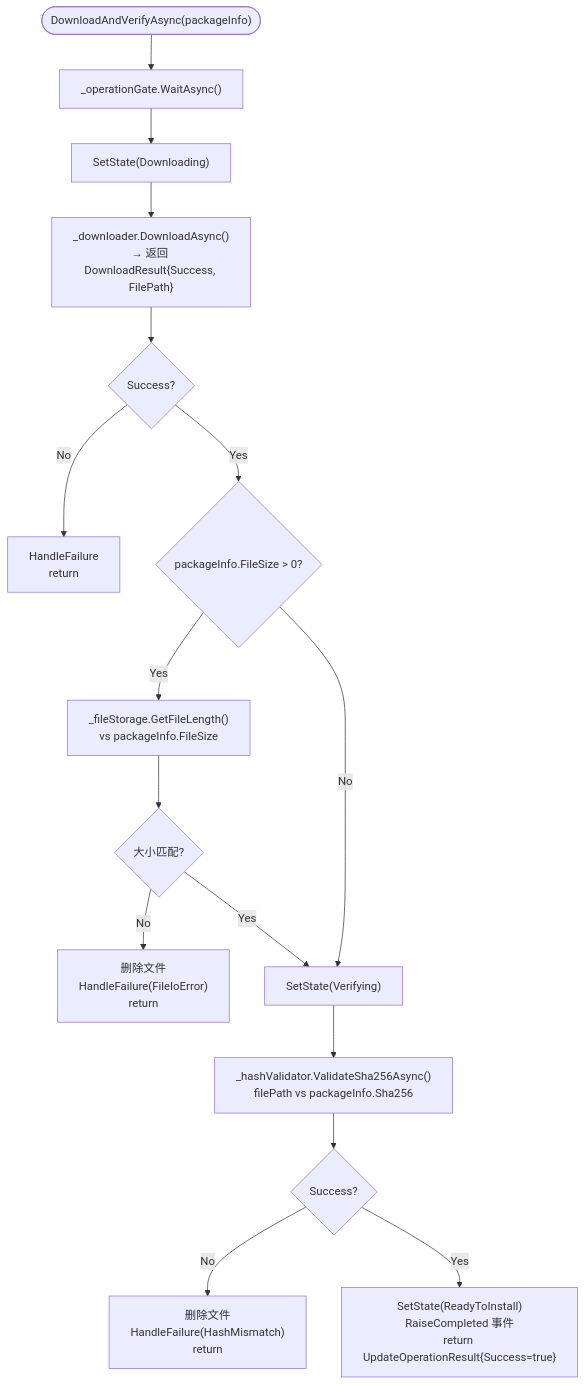
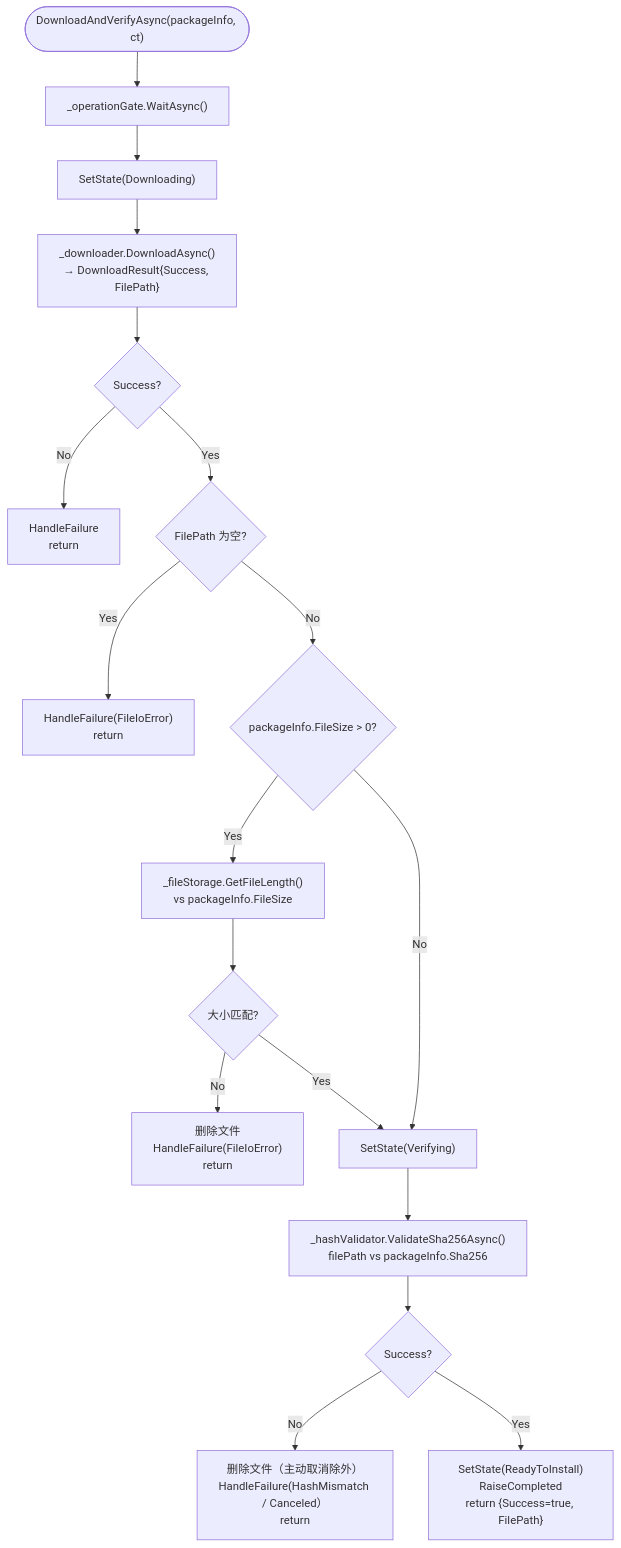
Before and after one commit to GeneralLibrary/GeneralUpdate-Samples: the fifth of 7 diagrams in website/docs/doc/Avalonia.Android-flow.md, drawn with Mermaid. The commit also changed other lines of this file and 8 other files, not shown here.

````diff
--- a/website/docs/doc/Avalonia.Android-flow.md
+++ b/website/docs/doc/Avalonia.Android-flow.md
@@ -218,26 +312,27 @@
 ```mermaid
 flowchart TB
-    START(["DownloadAndVerifyAsync(packageInfo)"]) --> GATE["_operationGate.WaitAsync()"]
-
+    START(["DownloadAndVerifyAsync(packageInfo, ct)"]) --> GATE["_operationGate.WaitAsync()"]
     GATE --> SET_DL["SetState(Downloading)"]
 
-    SET_DL --> DOWNLOAD["_downloader.DownloadAsync()\n→ 返回 DownloadResult{Success, FilePath}"]
+    SET_DL --> DOWNLOAD["_downloader.DownloadAsync()\n→ DownloadResult{Success, FilePath}"]
 
     DOWNLOAD --> DL_OK{"Success?"}
     DL_OK -- "No" --> FAIL["HandleFailure\nreturn"]
 
-    DL_OK -- "Yes" --> SIZE{"packageInfo.FileSize > 0?"}
+    DL_OK -- "Yes" --> HAS_PATH{"FilePath 为空?"}
+    HAS_PATH -- "Yes" --> FAIL_PATH["HandleFailure(FileIoError)\nreturn"]
+
+    HAS_PATH -- "No" --> SIZE{"packageInfo.FileSize > 0?"}
     SIZE -- "Yes" --> CHECK_SIZE["_fileStorage.GetFileLength()\nvs packageInfo.FileSize"]
     CHECK_SIZE --> SIZE_OK{"大小匹配?"}
     SIZE_OK -- "No" --> DEL_SIZE["删除文件\nHandleFailure(FileIoError)\nreturn"]
 
     SIZE_OK -- "Yes" --> HASH
     SIZE -- "No" --> HASH["SetState(Verifying)"]
-
     HASH --> DO_HASH["_hashValidator.ValidateSha256Async()\nfilePath vs packageInfo.Sha256"]
 
     DO_HASH --> HASH_OK{"Success?"}
-    HASH_OK -- "No" --> DEL_HASH["删除文件\nHandleFailure(HashMismatch)\nreturn"]
+    HASH_OK -- "No" --> DEL_HASH["删除文件（主动取消除外）\nHandleFailure(HashMismatch / Canceled）\nreturn"]
 
-    HASH_OK -- "Yes" --> COMPLETE["SetState(ReadyToInstall)\nRaiseCompleted 事件\nreturn UpdateOperationResult{Success=true}"]
+    HASH_OK -- "Yes" --> COMPLETE["SetState(ReadyToInstall)\nRaiseCompleted\nreturn {Success=true, FilePath}"]
 ```
````
